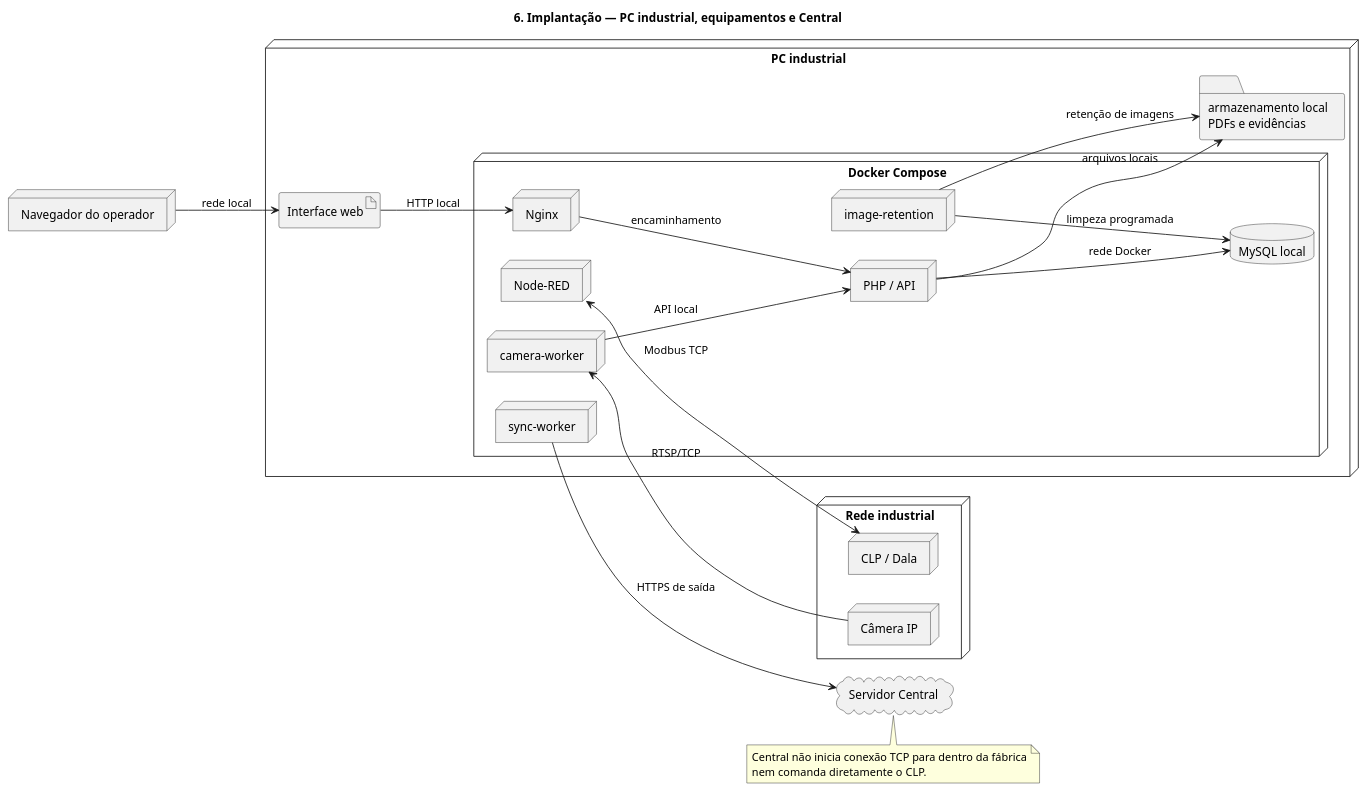
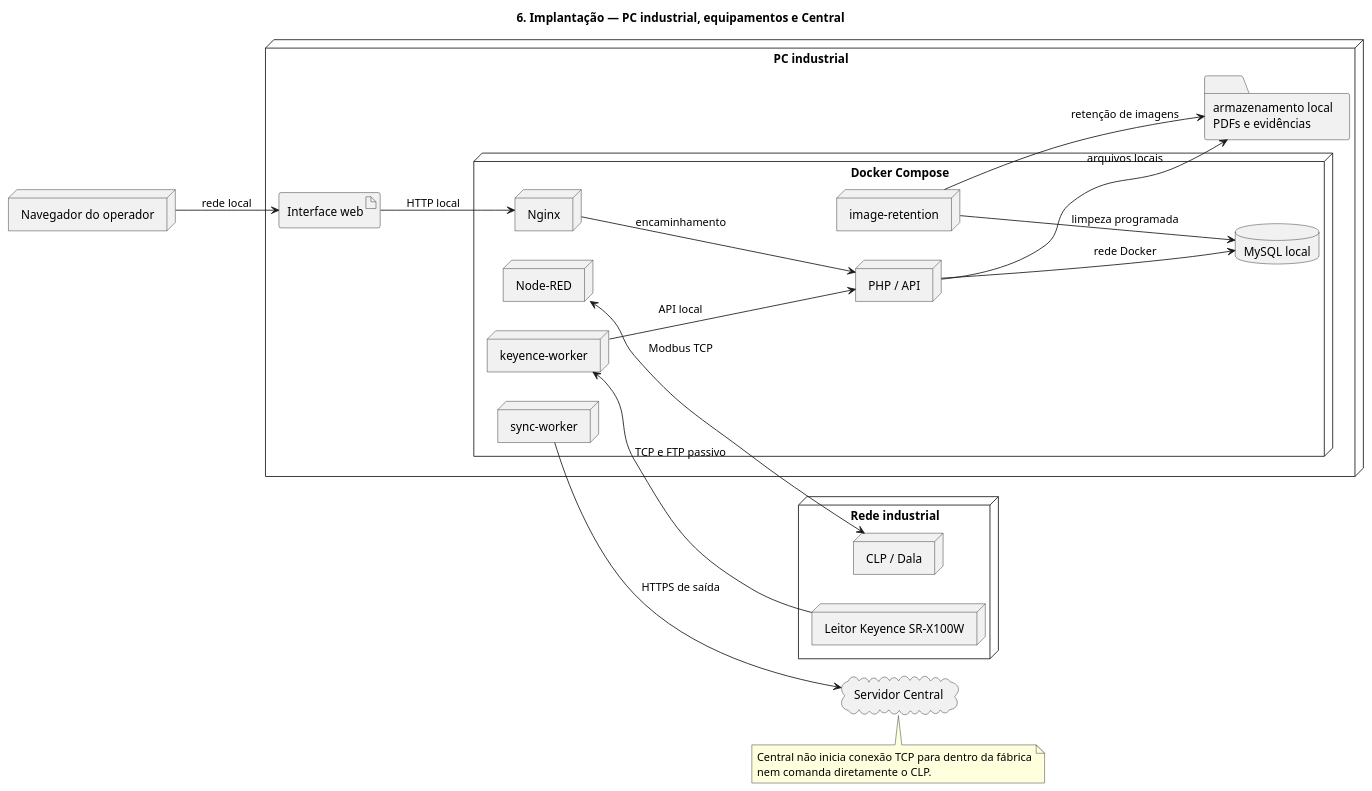
Before and after one commit to VItoraaraujoo/Dallogix-Trace-System: the diagram in documentacao/arquitetura/uml/06-diagrama-de-implantacao.puml, drawn with PlantUML. The commit also changed 127 other files, not shown here.

Commit message:
feat: replace camera integration with Keyence reader

```diff
--- a/documentacao/arquitetura/uml/06-diagrama-de-implantacao.puml
+++ b/documentacao/arquitetura/uml/06-diagrama-de-implantacao.puml
@@ -1,42 +1,42 @@
 @startuml trace-06-deployment
 title 6. Implantação — PC industrial, equipamentos e Central
 left to right direction
 
 node "PC industrial" as PC {
   node "Docker Compose" as DOCKER {
     node "Nginx" as NGINX
     node "PHP / API" as PHP
     database "MySQL local" as MYSQL
     node "Node-RED" as NR
-    node "camera-worker" as CAM
+    node "keyence-worker" as KEYENCE
     node "sync-worker" as SYNC
     node "image-retention" as RET
   }
   artifact "Interface web" as UI
   folder "armazenamento local\nPDFs e evidências" as FILES
 }
 
 node "Rede industrial" as INDUSTRIAL {
   node "CLP / Dala" as PLC
-  node "Câmera IP" as CAMERA
+  node "Leitor Keyence SR-X100W" as KEYENCE_READER
 }
 cloud "Servidor Central" as CENTRAL
 node "Navegador do operador" as BROWSER
 
 BROWSER --> UI : rede local
 UI --> NGINX : HTTP local
 NGINX --> PHP : encaminhamento
 PHP --> MYSQL : rede Docker
 PHP --> FILES : arquivos locais
 NR <--> PLC : Modbus TCP
-CAMERA --> CAM : RTSP/TCP
-CAM --> PHP : API local
+KEYENCE_READER --> KEYENCE : TCP e FTP passivo
+KEYENCE --> PHP : API local
 SYNC --> CENTRAL : HTTPS de saída
 RET --> MYSQL : limpeza programada
 RET --> FILES : retenção de imagens
 
 note bottom of CENTRAL
 Central não inicia conexão TCP para dentro da fábrica
 nem comanda diretamente o CLP.
 end note
 @enduml
```
